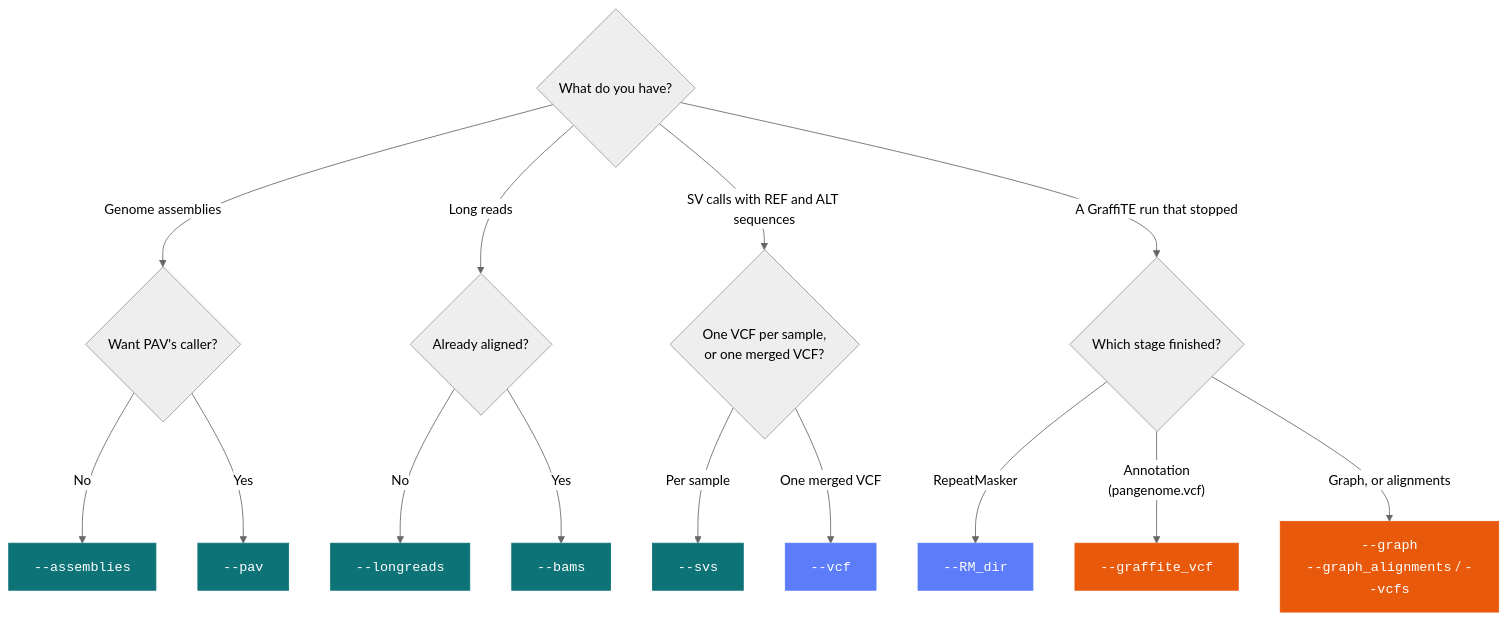
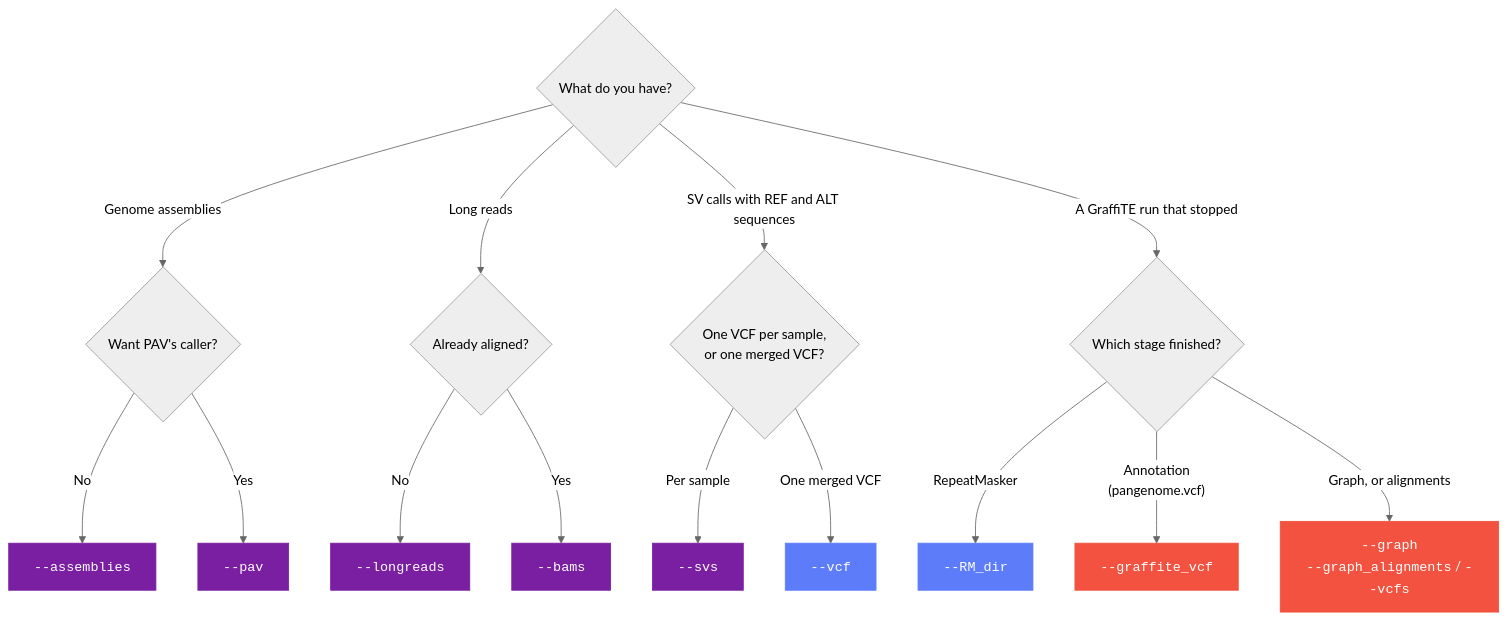
One commit to cgroza/GraffiTE changed the diagram in docs/getting-started/choosing-your-inputs.md. Above: the diagram before and after it, drawn with Mermaid (neutral theme). The commit also changed 13 other files, not shown here.

````diff
--- a/docs/getting-started/choosing-your-inputs.md
+++ b/docs/getting-started/choosing-your-inputs.md
@@ -36,28 +36,28 @@
 ```mermaid
 flowchart TD
     Q0{"What do you have?"}
 
     Q0 -->|"Genome assemblies"| Q1{"Want PAV's caller?"}
     Q1 -->|No| SA["<code>--assemblies</code>"]
     Q1 -->|Yes| PV["<code>--pav</code>"]
 
     Q0 -->|"Long reads"| Q2{"Already aligned?"}
     Q2 -->|No| LR["<code>--longreads</code>"]
     Q2 -->|Yes| BM["<code>--bams</code>"]
 
     Q0 -->|"SV calls with REF and ALT sequences"| Q3{"One VCF per sample,<br/>or one merged VCF?"}
     Q3 -->|"Per sample"| SV["<code>--svs</code>"]
     Q3 -->|"One merged VCF"| VC["<code>--vcf</code>"]
 
     Q0 -->|"A GraffiTE run that stopped"| Q4{"Which stage finished?"}
     Q4 -->|"RepeatMasker"| RM["<code>--RM_dir</code>"]
     Q4 -->|"Annotation<br/>(pangenome.vcf)"| GV["<code>--graffite_vcf</code>"]
     Q4 -->|"Graph, or alignments"| PC["<code>--graph</code><br/><code>--graph_alignments</code> / <code>--vcfs</code>"]
 
-    classDef a fill:#0d7377,stroke:#0d7377,color:#fff;
+    classDef a fill:#7a1fa2,stroke:#7a1fa2,color:#fff;
     classDef b fill:#5c7cfa,stroke:#5c7cfa,color:#fff;
-    classDef c fill:#e8590c,stroke:#e8590c,color:#fff;
+    classDef c fill:#f2523f,stroke:#f2523f,color:#fff;
     class SA,PV,LR,BM,SV a;
     class VC,RM b;
     class GV,PC c;
 ```
````
